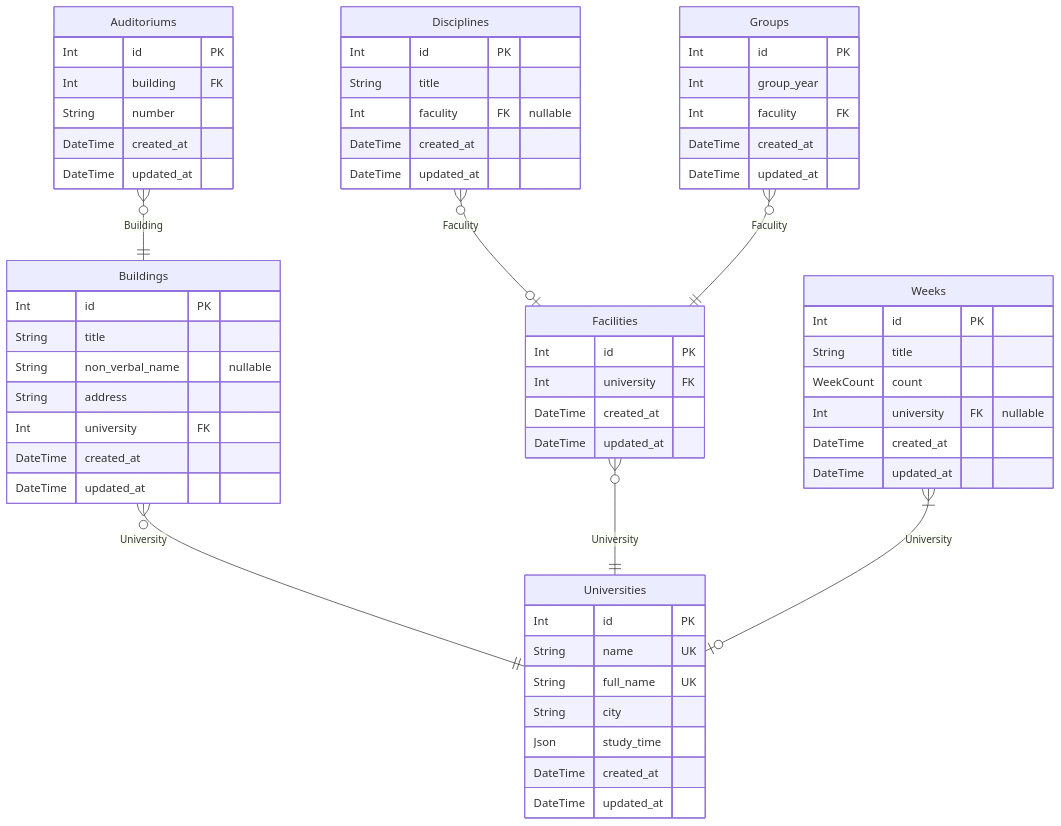
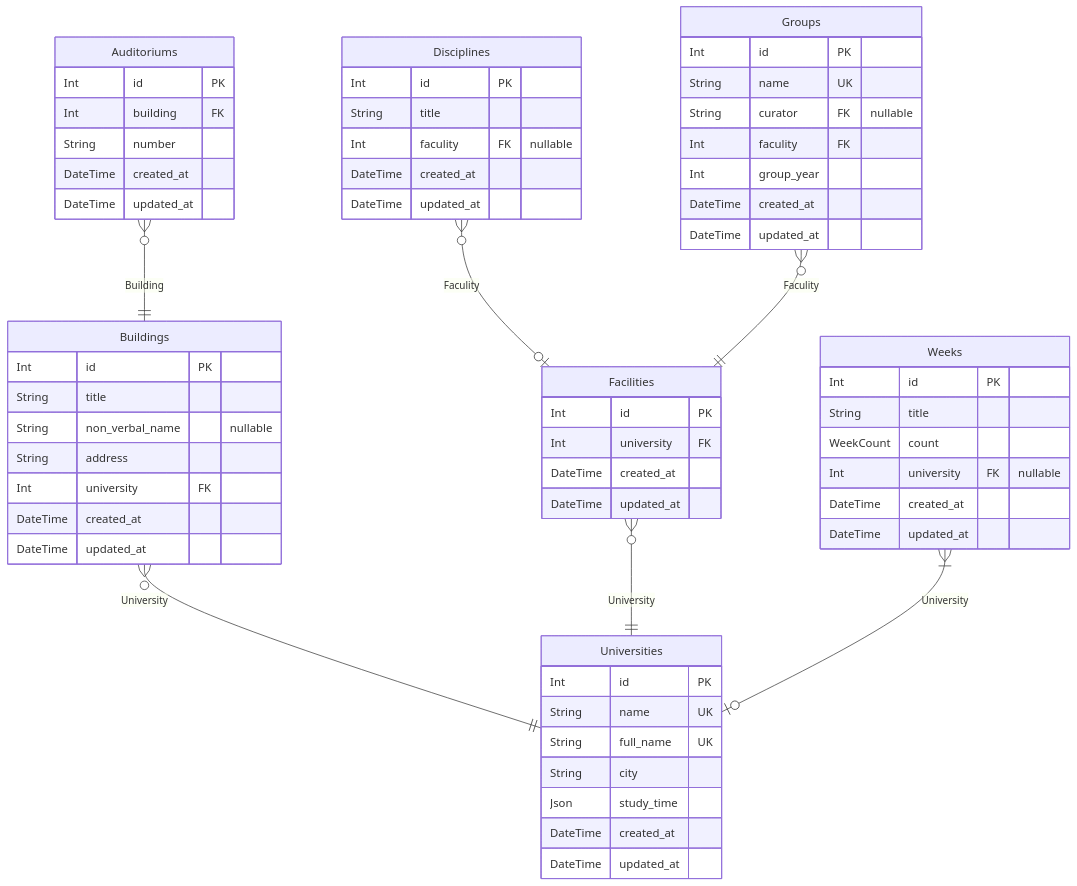
One commit to NeatDeveloper/Thodle changed the first of 3 diagrams in packages/db/prisma/DatabaseSchema.md. Above: the diagram before and after it, drawn with Mermaid. The commit also changed other lines of this file and 20 other files, not shown here.

````diff
--- a/packages/db/prisma/DatabaseSchema.md
+++ b/packages/db/prisma/DatabaseSchema.md
@@ -9,62 +9,64 @@
 ```mermaid
 erDiagram
 "Auditoriums" {
   Int id PK
   Int building FK
   String number
   DateTime created_at
   DateTime updated_at
 }
 "Buildings" {
   Int id PK
   String title
   String non_verbal_name "nullable"
   String address
   Int university FK
   DateTime created_at
   DateTime updated_at
 }
 "Disciplines" {
   Int id PK
   String title
   Int faculity FK "nullable"
   DateTime created_at
   DateTime updated_at
 }
 "Facilities" {
   Int id PK
   Int university FK
   DateTime created_at
   DateTime updated_at
 }
 "Weeks" {
   Int id PK
   String title
   WeekCount count
   Int university FK "nullable"
   DateTime created_at
   DateTime updated_at
 }
 "Groups" {
   Int id PK
+  String name UK
+  String curator FK "nullable"
+  Int faculity FK
   Int group_year
-  Int faculity FK
   DateTime created_at
   DateTime updated_at
 }
 "Universities" {
   Int id PK
   String name UK
   String full_name UK
   String city
   Json study_time
   DateTime created_at
   DateTime updated_at
 }
 "Auditoriums" }o--|| "Buildings" : Building
 "Buildings" }o--|| "Universities" : University
 "Disciplines" }o--o| "Facilities" : Faculity
 "Facilities" }o--|| "Universities" : University
 "Weeks" }|--o| "Universities" : University
 "Groups" }o--|| "Facilities" : Faculity
 ```
````
